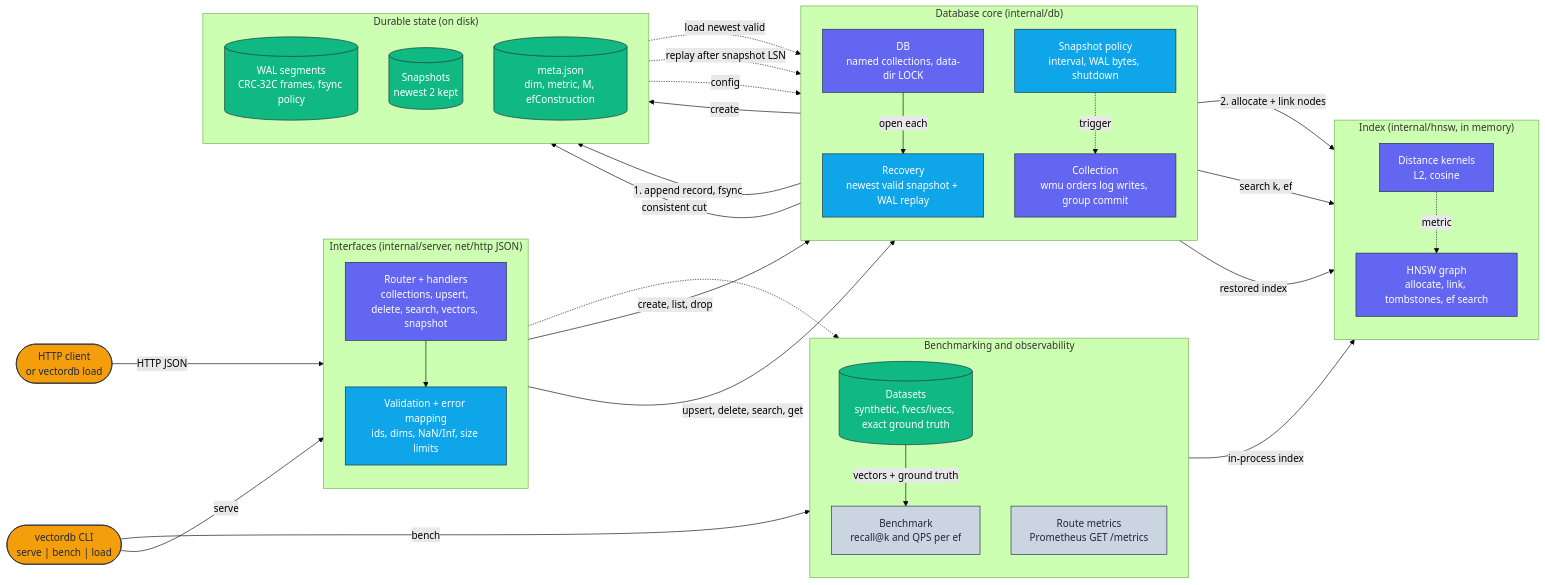
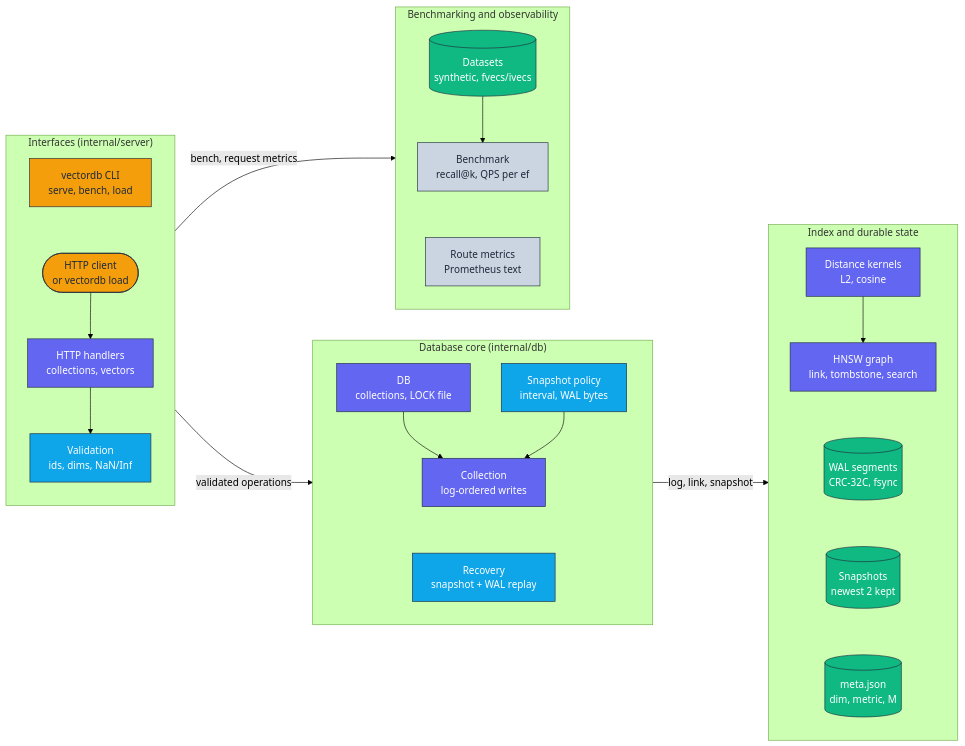
The diagram in docs/architecture/architecture.mmd (adeoluo/vectordb-go), drawn with Mermaid (forest theme) before and after one commit. The commit also changed 1 other file, not shown here.

Commit message:
docs: compact horizontal architecture diagram

```diff
--- a/docs/architecture/architecture.mmd
+++ b/docs/architecture/architecture.mmd
@@ -1,65 +1,48 @@
 flowchart LR
     classDef edge     fill:#F59E0B,stroke:#1E293B,color:#1E293B,stroke-width:1px;
     classDef core     fill:#6366F1,stroke:#1E293B,color:#ffffff,stroke-width:1px;
     classDef data     fill:#10B981,stroke:#1E293B,color:#ffffff,stroke-width:1px;
     classDef control  fill:#0EA5E9,stroke:#1E293B,color:#ffffff,stroke-width:1px;
     classDef obs      fill:#CBD5E1,stroke:#1E293B,color:#1E293B,stroke-width:1px;
 
-    Client(["HTTP client<br/>or vectordb load"]):::edge
-    CLI(["vectordb CLI<br/>serve | bench | load"]):::edge
-
-    subgraph API["Interfaces (internal/server, net/http JSON)"]
+    subgraph Interfaces["Interfaces (internal/server)"]
         direction TB
-        Router["Router + handlers<br/>collections, upsert, delete, search, vectors, snapshot"]:::core
-        Validate["Validation + error mapping<br/>ids, dims, NaN/Inf, size limits"]:::control
+        CLI["vectordb CLI<br/>serve, bench, load"]:::edge
+        Client(["HTTP client<br/>or vectordb load"]):::edge
+        Router["HTTP handlers<br/>collections, vectors"]:::core
+        Validate["Validation<br/>ids, dims, NaN/Inf"]:::control
+        CLI ~~~ Client --> Router --> Validate
     end
 
     subgraph Core["Database core (internal/db)"]
         direction TB
-        DB["DB<br/>named collections, data-dir LOCK"]:::core
-        Collection["Collection<br/>wmu orders log writes, group commit"]:::core
-        Policy["Snapshot policy<br/>interval, WAL bytes, shutdown"]:::control
-        Recovery["Recovery<br/>newest valid snapshot + WAL replay"]:::control
+        DB["DB<br/>collections, LOCK file"]:::core
+        Collection["Collection<br/>log-ordered writes"]:::core
+        Policy["Snapshot policy<br/>interval, WAL bytes"]:::control
+        Recovery["Recovery<br/>snapshot + WAL replay"]:::control
+        DB --> Collection
+        Policy --> Collection
+        Collection ~~~ Recovery
     end
 
-    subgraph Index["Index (internal/hnsw, in memory)"]
+    subgraph Storage["Index and durable state"]
         direction TB
-        HNSW["HNSW graph<br/>allocate, link, tombstones, ef search"]:::core
+        HNSW["HNSW graph<br/>link, tombstone, search"]:::core
         Distance["Distance kernels<br/>L2, cosine"]:::core
-    end
-
-    subgraph Disk["Durable state (on disk)"]
-        direction TB
-        WAL[("WAL segments<br/>CRC-32C frames, fsync policy")]:::data
+        WAL[("WAL segments<br/>CRC-32C, fsync")]:::data
         Snap[("Snapshots<br/>newest 2 kept")]:::data
-        Meta[("meta.json<br/>dim, metric, M, efConstruction")]:::data
+        Meta[("meta.json<br/>dim, metric, M")]:::data
+        Distance --> HNSW ~~~ WAL ~~~ Snap ~~~ Meta
     end
 
     subgraph Obs["Benchmarking and observability"]
         direction TB
-        Dataset[("Datasets<br/>synthetic, fvecs/ivecs, exact ground truth")]:::data
-        Bench["Benchmark<br/>recall@k and QPS per ef"]:::obs
-        Metrics["Route metrics<br/>Prometheus GET /metrics"]:::obs
+        Dataset[("Datasets<br/>synthetic, fvecs/ivecs")]:::data
+        Bench["Benchmark<br/>recall@k, QPS per ef"]:::obs
+        Metrics["Route metrics<br/>Prometheus text"]:::obs
+        Dataset --> Bench ~~~ Metrics
     end
 
-    Client -->|HTTP JSON| Router
-    CLI -->|serve| Router
-    CLI -->|bench| Bench
-    Router --> Validate
-    Validate -->|create, list, drop| DB
-    Validate -->|upsert, delete, search, get| Collection
-    DB -->|open each| Recovery
-    DB -->|create| Meta
-    Policy -.->|trigger| Collection
-    Collection -->|1. append record, fsync| WAL
-    Collection -->|2. allocate + link nodes| HNSW
-    Collection -->|search k, ef| HNSW
-    Collection -->|consistent cut| Snap
-    Distance -.->|metric| HNSW
-    Snap -.->|load newest valid| Recovery
-    WAL -.->|replay after snapshot LSN| Recovery
-    Meta -.->|config| Recovery
-    Recovery -->|restored index| HNSW
-    Dataset -->|vectors + ground truth| Bench
-    Bench -->|in-process index| HNSW
-    Router -.-> Metrics
+    Interfaces -->|validated operations| Core
+    Core -->|log, link, snapshot| Storage
+    Interfaces -->|bench, request metrics| Obs
```
